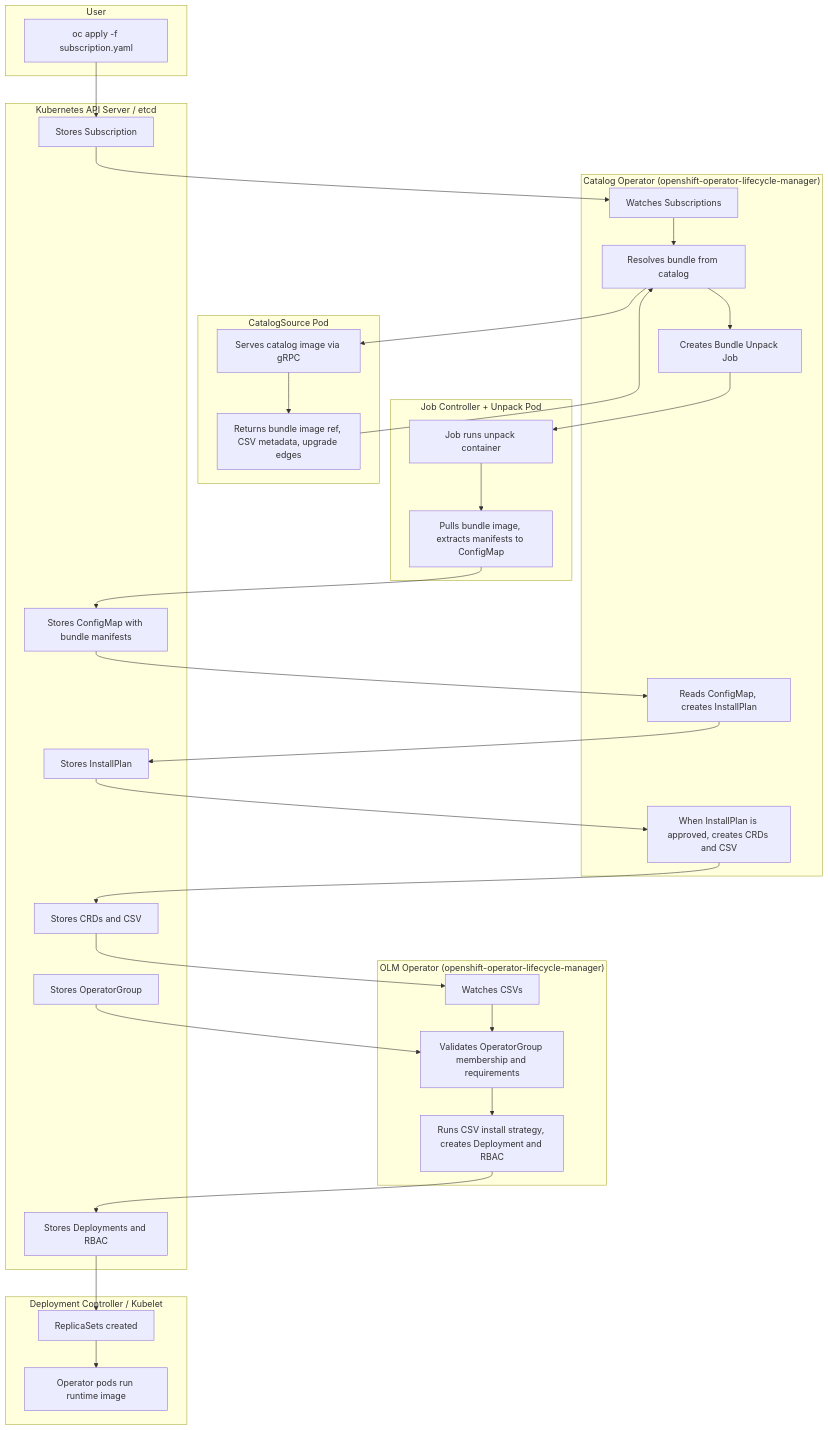
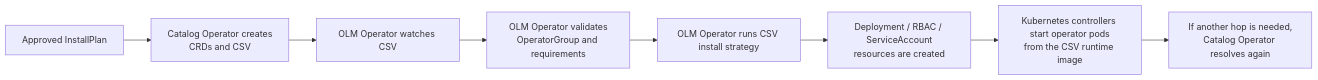
The third of 3 diagrams in README.md (idanherman/oc-mirror-guide), drawn with Mermaid before and after one commit. The commit also changed other lines of this file, not shown here.

Commit message:
Clarify OLM subscription flow

````diff
--- a/README.md
+++ b/README.md
@@ -187,66 +218,13 @@
 ```mermaid
-flowchart TB
-  subgraph user["User"]
-    A["oc apply -f subscription.yaml"]
-  end
+flowchart LR
+  A["Approved InstallPlan"]
+  B["Catalog Operator creates<br/>CRDs and CSV"]
+  C["OLM Operator watches CSV"]
+  D["OLM Operator validates<br/>OperatorGroup and requirements"]
+  E["OLM Operator runs CSV install strategy"]
+  F["Deployment / RBAC / ServiceAccount<br/>resources are created"]
+  G["Kubernetes controllers start operator pods<br/>from the CSV runtime image"]
+  H["If another hop is needed,<br/>Catalog Operator resolves again"]
 
-  subgraph api["Kubernetes API Server / etcd"]
-    B["Stores Subscription"]
-    B2["Stores OperatorGroup"]
-    F["Stores ConfigMap with bundle manifests"]
-    H["Stores InstallPlan"]
-    J["Stores CRDs and CSV"]
-    K2["Stores Deployments and RBAC"]
-  end
-
-  subgraph catalog_op["Catalog Operator (openshift-operator-lifecycle-manager)"]
-    C["Watches Subscriptions"]
-    D["Resolves bundle from catalog"]
-    E["Creates Bundle Unpack Job"]
-    G["Reads ConfigMap, creates InstallPlan"]
-    G2["When InstallPlan is approved, creates CRDs and CSV"]
-  end
-
-  subgraph catalog_pod["CatalogSource Pod"]
-    D2["Serves catalog image via gRPC"]
-    D3["Returns bundle image ref, CSV metadata, upgrade edges"]
-  end
-
-  subgraph job["Job Controller + Unpack Pod"]
-    E2["Job runs unpack container"]
-    E3["Pulls bundle image, extracts manifests to ConfigMap"]
-  end
-
-  subgraph olm_op["OLM Operator (openshift-operator-lifecycle-manager)"]
-    I["Watches CSVs"]
-    I2["Validates OperatorGroup membership and requirements"]
-    K["Runs CSV install strategy, creates Deployment and RBAC"]
-  end
-
-  subgraph runtime["Deployment Controller / Kubelet"]
-    L["ReplicaSets created"]
-    M["Operator pods run runtime image"]
-  end
-
-  A --> B
-  B --> C
-  C --> D
-  D --> D2
-  D2 --> D3
-  D3 --> D
-  D --> E
-  E --> E2
-  E2 --> E3
-  E3 --> F
-  F --> G
-  G --> H
-  H --> G2
-  G2 --> J
-  J --> I
-  I --> I2
-  B2 --> I2
-  I2 --> K
-  K --> K2
-  K2 --> L
-  L --> M
+  A --> B --> C --> D --> E --> F --> G --> H
 ```
````
